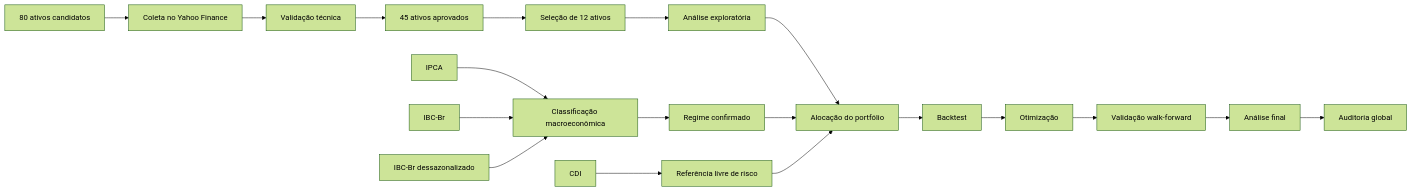
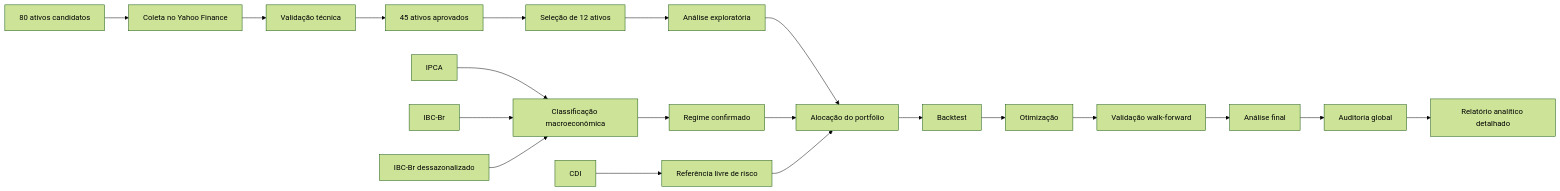
Before and after one commit to ArthurEdersonSilva/Alocacao-de-Regime-Macro: the diagram in README.md, drawn with Mermaid (forest theme). The commit also changed other lines of this file, not shown here.

````diff
--- a/README.md
+++ b/README.md
@@ -68,24 +68,25 @@
 ```mermaid
 flowchart LR
     A[80 ativos candidatos] --> B[Coleta no Yahoo Finance]
     B --> C[Validação técnica]
     C --> D[45 ativos aprovados]
     D --> E[Seleção de 12 ativos]
 
     F[IPCA] --> J[Classificação macroeconômica]
     G[IBC-Br] --> J
     H[IBC-Br dessazonalizado] --> J
     I[CDI] --> K[Referência livre de risco]
 
     E --> L[Análise exploratória]
     J --> M[Regime confirmado]
     L --> N[Alocação do portfólio]
     M --> N
     K --> N
 
     N --> O[Backtest]
     O --> P[Otimização]
     P --> Q[Validação walk-forward]
     Q --> R[Análise final]
     R --> S[Auditoria global]
+    S --> T[Relatório analítico detalhado]
 ```
````
